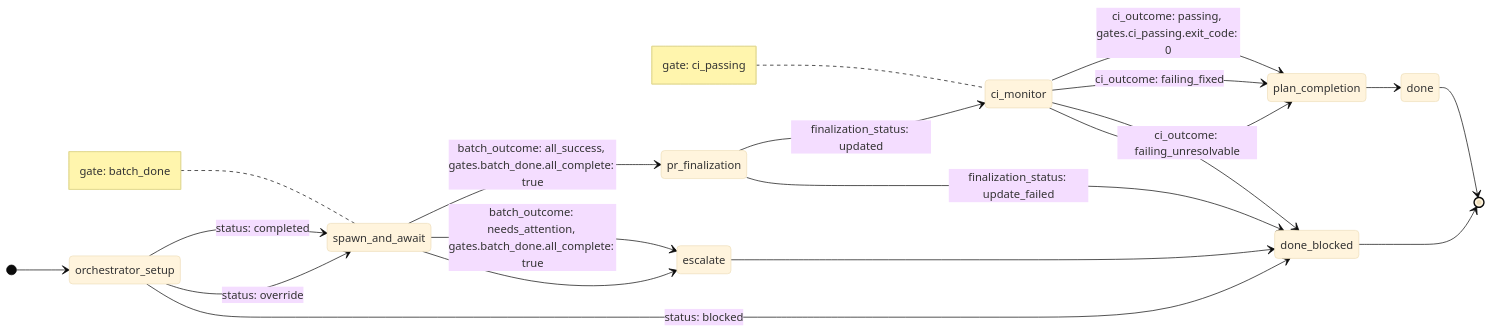
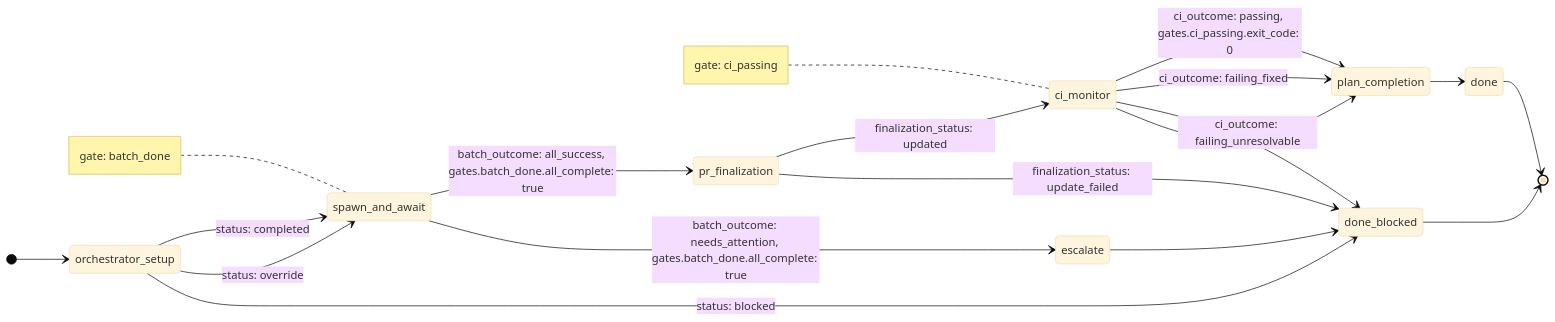
One commit to tsukumogami/shirabe changed the diagram in skills/work-on/koto-templates/work-on-plan.mermaid.md. Above: the diagram before and after it, drawn with Mermaid (base theme).

Commit message:
chore: regenerate work-on-plan mermaid diagram after spawn_and_await fix

````diff
--- a/skills/work-on/koto-templates/work-on-plan.mermaid.md
+++ b/skills/work-on/koto-templates/work-on-plan.mermaid.md
@@ -1,27 +1,26 @@
 ```mermaid
 stateDiagram-v2
     direction LR
     [*] --> orchestrator_setup
     ci_monitor --> plan_completion : ci_outcome: passing, gates.ci_passing.exit_code: 0
     ci_monitor --> plan_completion : ci_outcome: failing_fixed
     ci_monitor --> done_blocked : ci_outcome: failing_unresolvable
     ci_monitor --> plan_completion
     escalate --> done_blocked
     orchestrator_setup --> spawn_and_await : status: completed
     orchestrator_setup --> spawn_and_await : status: override
     orchestrator_setup --> done_blocked : status: blocked
     plan_completion --> done
     pr_finalization --> ci_monitor : finalization_status: updated
     pr_finalization --> done_blocked : finalization_status: update_failed
     spawn_and_await --> pr_finalization : batch_outcome: all_success, gates.batch_done.all_complete: true
     spawn_and_await --> escalate : batch_outcome: needs_attention, gates.batch_done.all_complete: true
-    spawn_and_await --> escalate
     done --> [*]
     done_blocked --> [*]
     note left of ci_monitor
         gate: ci_passing
     end note
     note left of spawn_and_await
         gate: batch_done
     end note
 ```
````
